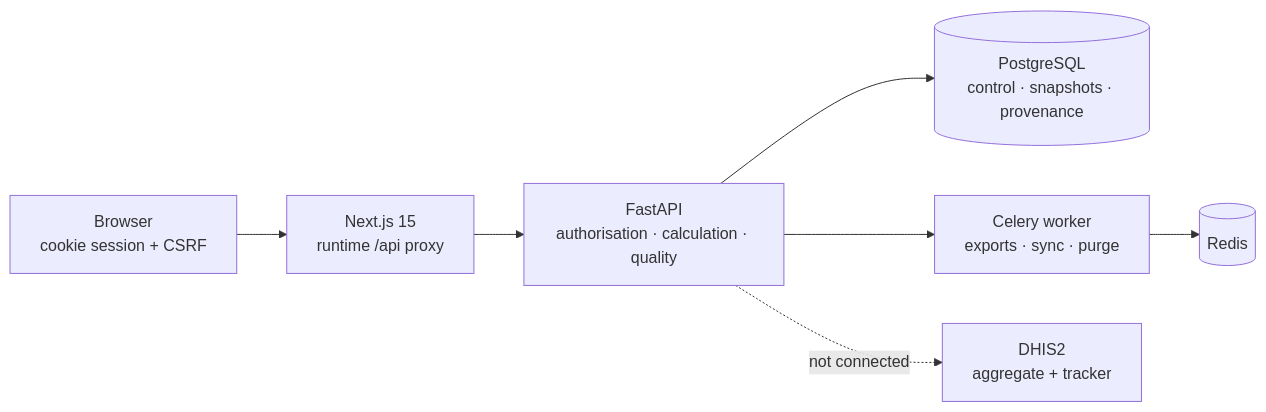
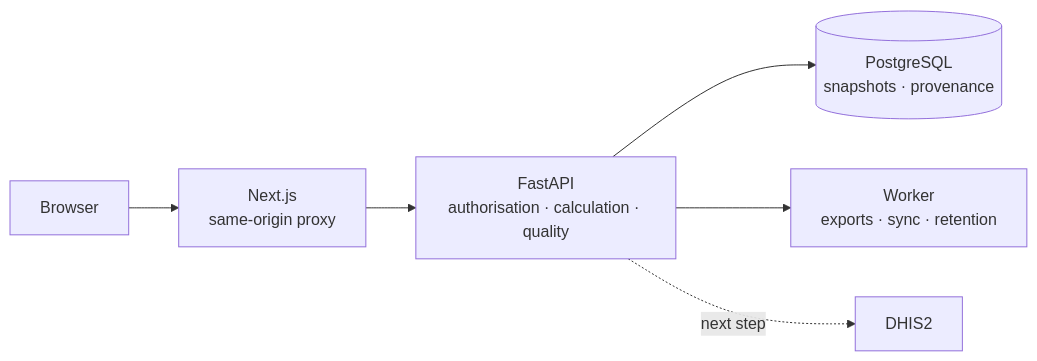
One commit to Isaac25-lgtm/HEALTH-ANALYTICS changed the diagram in README.md. Above: the diagram before and after it, drawn with Mermaid. The commit also changed other lines of this file, not shown here.

````diff
--- a/README.md
+++ b/README.md
@@ -63,9 +73,8 @@
 ```mermaid
 flowchart LR
-  B["Browser<br/>cookie session + CSRF"] --> W["Next.js 15<br/>runtime /api proxy"]
+  B["Browser"] --> W["Next.js<br/>same-origin proxy"]
   W --> A["FastAPI<br/>authorisation · calculation · quality"]
-  A --> P[("PostgreSQL<br/>control · snapshots · provenance")]
-  A --> Q["Celery worker<br/>exports · sync · purge"]
-  Q --> R[("Redis")]
-  A -. "not connected" .-> D["DHIS2<br/>aggregate + tracker"]
+  A --> P[("PostgreSQL<br/>snapshots · provenance")]
+  A --> Q["Worker<br/>exports · sync · retention"]
+  A -. "next step" .-> D["DHIS2"]
 ```
````
